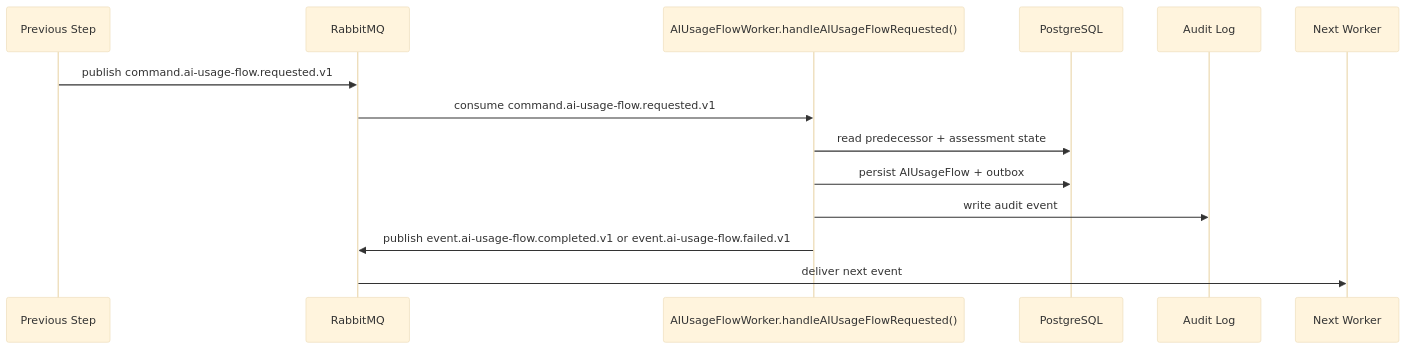
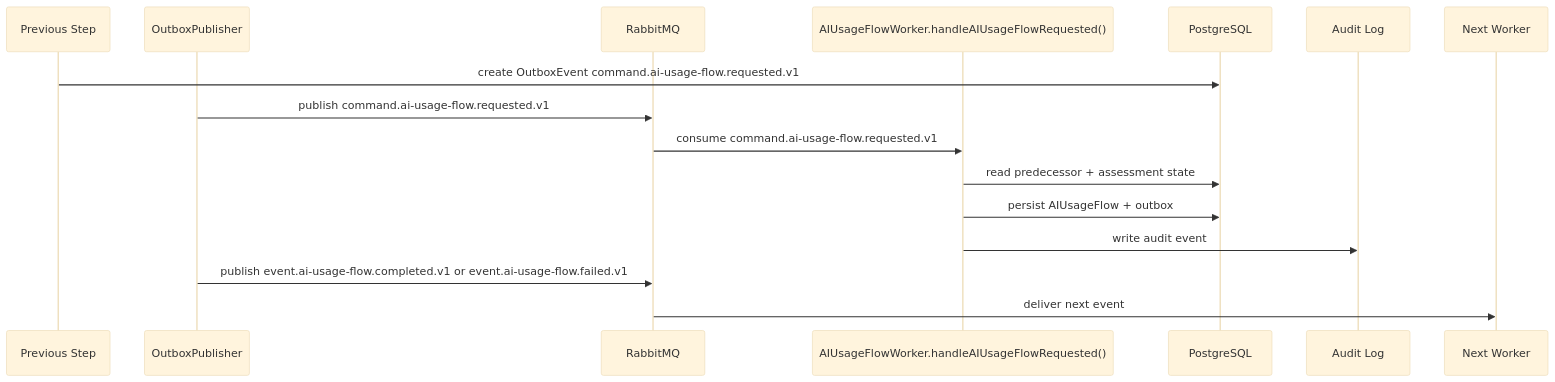
One commit to khovan123/LCSP changed the diagram in docs/developer-execution-blueprints/ai-usage-flow-blueprint.md. Above: the diagram before and after it, drawn with Mermaid (base theme). The commit also changed 21 other files, not shown here.

````diff
--- a/docs/developer-execution-blueprints/ai-usage-flow-blueprint.md
+++ b/docs/developer-execution-blueprints/ai-usage-flow-blueprint.md
@@ -122,17 +122,19 @@
 ```mermaid
 sequenceDiagram
   participant Prev as Previous Step
+  participant Outbox as OutboxPublisher
   participant MQ as RabbitMQ
   participant Worker as AIUsageFlowWorker.handleAIUsageFlowRequested()
   participant DB as PostgreSQL
   participant Audit as Audit Log
   participant Next as Next Worker
 
-  Prev->>MQ: publish command.ai-usage-flow.requested.v1
+  Prev->>DB: create OutboxEvent command.ai-usage-flow.requested.v1
+  Outbox->>MQ: publish command.ai-usage-flow.requested.v1
   MQ->>Worker: consume command.ai-usage-flow.requested.v1
   Worker->>DB: read predecessor + assessment state
   Worker->>DB: persist AIUsageFlow + outbox
   Worker->>Audit: write audit event
-  Worker->>MQ: publish event.ai-usage-flow.completed.v1 or event.ai-usage-flow.failed.v1
+  Outbox->>MQ: publish event.ai-usage-flow.completed.v1 or event.ai-usage-flow.failed.v1
   MQ->>Next: deliver next event
 ```
````
